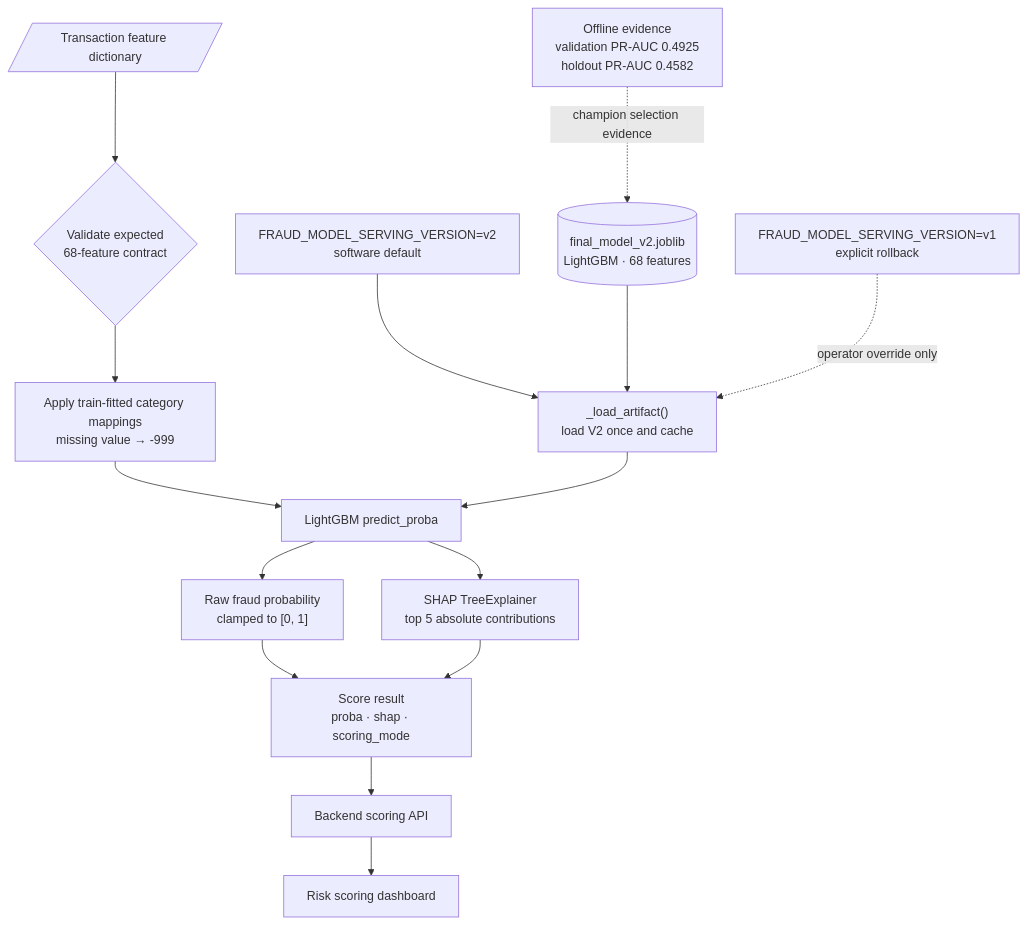
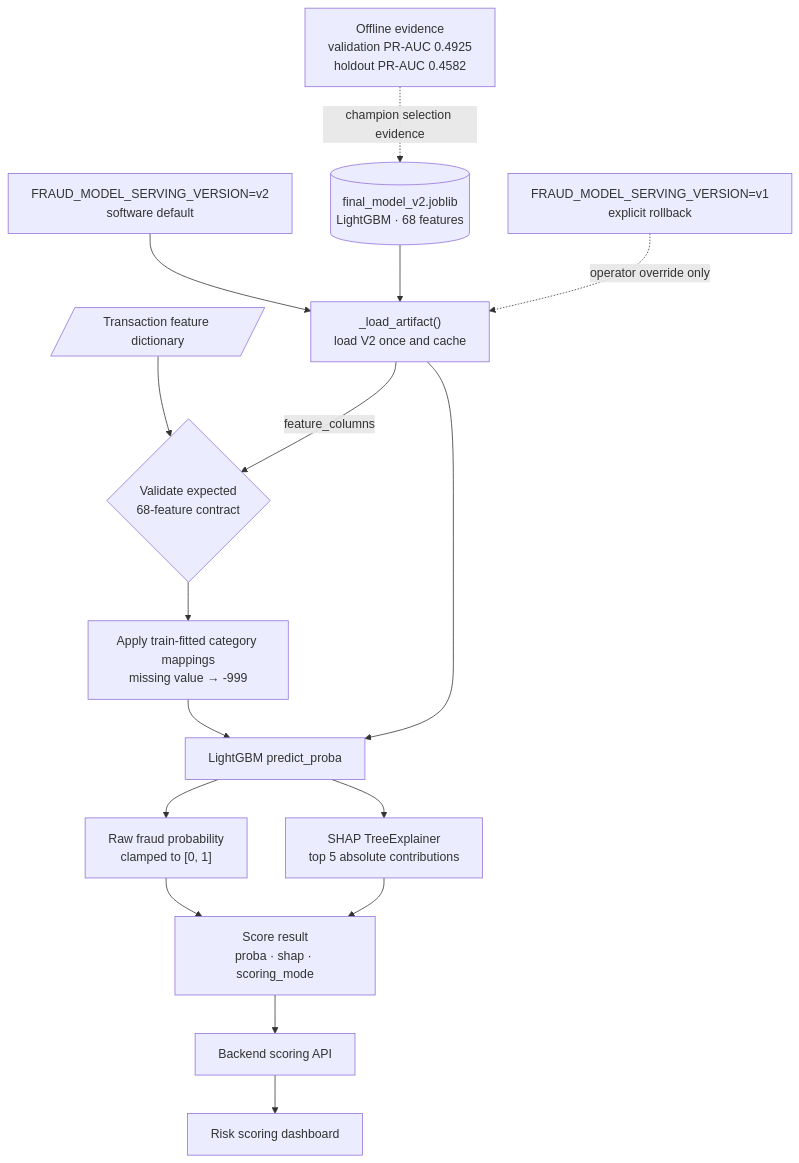
One commit to RocketUp-Team/Fraud-Detection-Score-Risk changed the ninth of 9 diagrams in docs/ARCHITECTURE_DIAGRAMS.md. Above: the diagram before and after it, drawn with Mermaid. The commit also changed 5 other files, not shown here.

First line of the commit message:
Update architecture diagrams and related documentation

````diff
--- a/docs/ARCHITECTURE_DIAGRAMS.md
+++ b/docs/ARCHITECTURE_DIAGRAMS.md
@@ -438,30 +438,31 @@
 ```mermaid
 flowchart TB
     CONFIG["FRAUD_MODEL_SERVING_VERSION=v2<br/>software default"]
     ARTIFACT[("final_model_v2.joblib<br/>LightGBM · 68 features")]
     EVIDENCE["Offline evidence<br/>validation PR-AUC 0.4925<br/>holdout PR-AUC 0.4582"]
     ROLLBACK["FRAUD_MODEL_SERVING_VERSION=v1<br/>explicit rollback"]
 
     INPUT[/"Transaction feature dictionary"/]
     LOAD["_load_artifact()<br/>load V2 once and cache"]
     CONTRACT{"Validate expected<br/>68-feature contract"}
     ENCODE["Apply train-fitted category mappings<br/>missing value → -999"]
     PREDICT["LightGBM predict_proba"]
     PROBA["Raw fraud probability<br/>clamped to [0, 1]"]
     EXPLAIN["SHAP TreeExplainer<br/>top 5 absolute contributions"]
     RESULT["Score result<br/>proba · shap · scoring_mode"]
     API["Backend scoring API"]
     DASHBOARD["Risk scoring dashboard"]
 
     CONFIG --> LOAD
     ARTIFACT --> LOAD
+    LOAD -->|"feature_columns"| CONTRACT
     EVIDENCE -.->|"champion selection evidence"| ARTIFACT
     ROLLBACK -.->|"operator override only"| LOAD
     INPUT --> CONTRACT --> ENCODE --> PREDICT
     LOAD --> PREDICT
     PREDICT --> PROBA
     PREDICT --> EXPLAIN
     PROBA --> RESULT
     EXPLAIN --> RESULT
     RESULT --> API --> DASHBOARD
 ```
````
